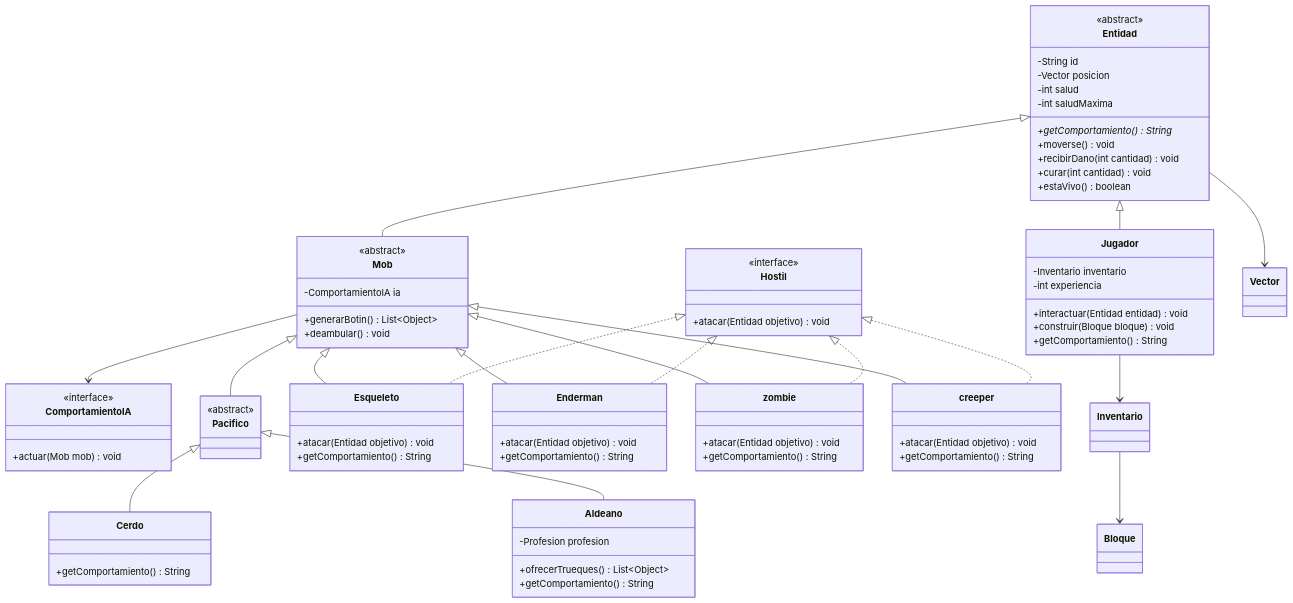
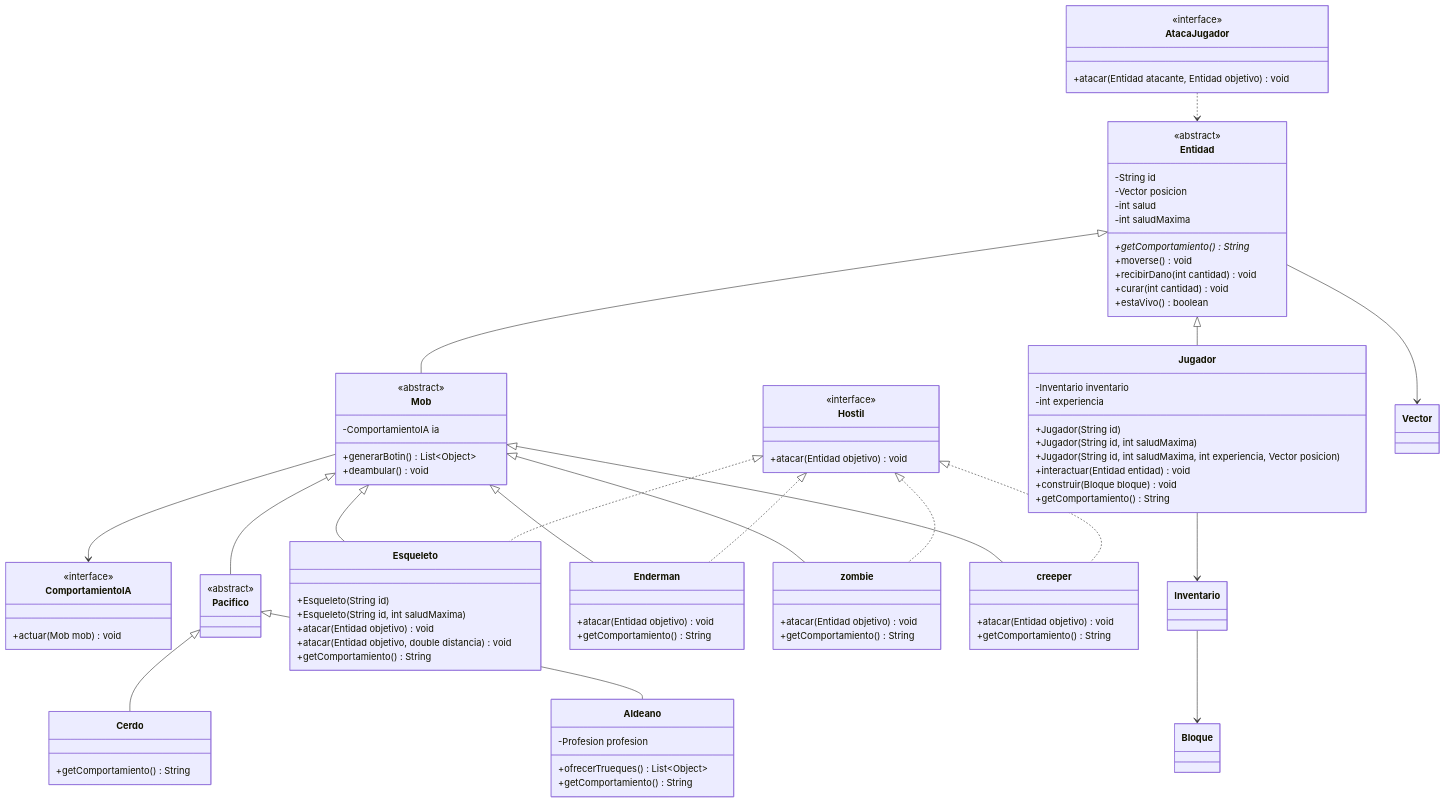
The diagram in README.md (LucasFadul/lfadul-tp-lp3-2026), drawn with Mermaid before and after one commit. The commit also changed other lines of this file and 24 other files, not shown here.

```diff
--- a/README.md
+++ b/README.md
@@ -43,6 +43,9 @@
     class Jugador {
         -Inventario inventario
         -int experiencia
+        +Jugador(String id)
+        +Jugador(String id, int saludMaxima)
+        +Jugador(String id, int saludMaxima, int experiencia, Vector posicion)
         +interactuar(Entidad entidad) void
         +construir(Bloque bloque) void
         +getComportamiento() String
@@ -65,12 +68,20 @@
         +actuar(Mob mob) void
     }
 
+    class AtacaJugador {
+        <<interface>>
+        +atacar(Entidad atacante, Entidad objetivo) void
+    }
+
     class Pacifico {
         <<abstract>>
     }
 
     class Esqueleto {
+        +Esqueleto(String id)
+        +Esqueleto(String id, int saludMaxima)
         +atacar(Entidad objetivo) void
+        +atacar(Entidad objetivo, double distancia) void
         +getComportamiento() String
     }
 
@@ -112,6 +123,7 @@
     Hostil <|.. Enderman
     Hostil <|.. zombie
     Hostil <|.. creeper
+    AtacaJugador ..> Entidad
     Mob --> ComportamientoIA
     Jugador --> Inventario
     Inventario --> Bloque
```
